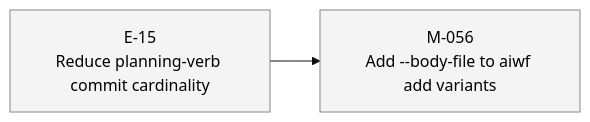
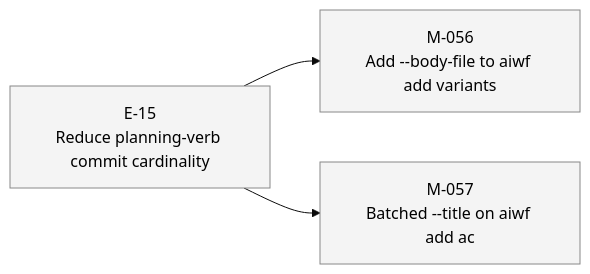
The third of 3 diagrams in STATUS.md (23min/aiwf), drawn with Mermaid (base theme) before and after one commit. The commit also changed other lines of this file and 1 other file, not shown here.

First line of the commit message:
aiwf add milestone M-057 "Batched --title on aiwf add ac"

````diff
--- a/STATUS.md
+++ b/STATUS.md
@@ -67,12 +68,14 @@
 ```mermaid
 flowchart LR
   E_15["E-15<br/>Reduce planning-verb commit cardinality"]:::epic_proposed
   M_056["M-056<br/>Add --body-file to aiwf add variants"]:::ms_draft
   E_15 --> M_056
+  M_057["M-057<br/>Batched --title on aiwf add ac"]:::ms_draft
+  E_15 --> M_057
   classDef epic_active fill:#d6eaff,stroke:#1a73e8,color:#000
   classDef epic_proposed fill:#f4f4f4,stroke:#888,color:#000
   classDef ms_done fill:#d8f5d8,stroke:#2a8a2a,color:#000
   classDef ms_in_progress fill:#fff3c4,stroke:#caa400,color:#000
   classDef ms_draft fill:#f4f4f4,stroke:#888,color:#000
   classDef ms_cancelled fill:#fbeaea,stroke:#c33,color:#000
 ```
````
